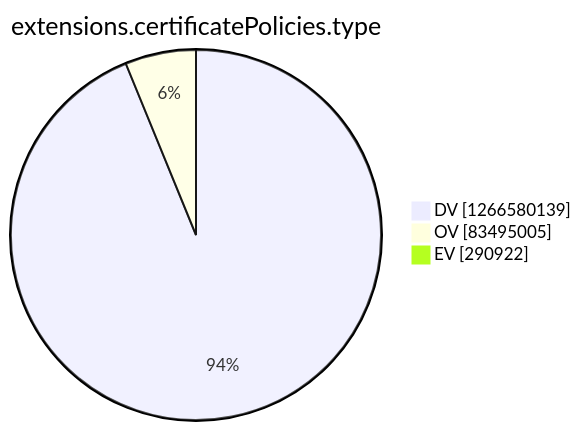
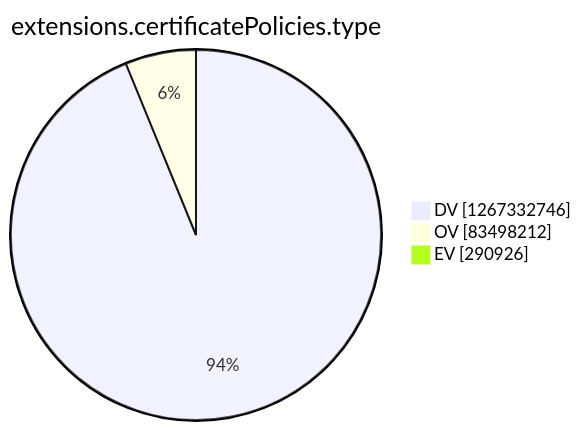
One commit to christiankrug/ctmonitor_visualization changed the tenth of 15 diagrams in argon2022/README.md. Above: the diagram before and after it, drawn with Mermaid. The commit also changed other lines of this file, not shown here.

````diff
--- a/argon2022/README.md
+++ b/argon2022/README.md
@@ -2771,7 +2771,7 @@
 ```mermaid
 pie showData
 title extensions.certificatePolicies.type
-"DV" :1266580139
-"OV" :83495005
-"EV" :290922
+"DV" :1267332746
+"OV" :83498212
+"EV" :290926
 ```
````
